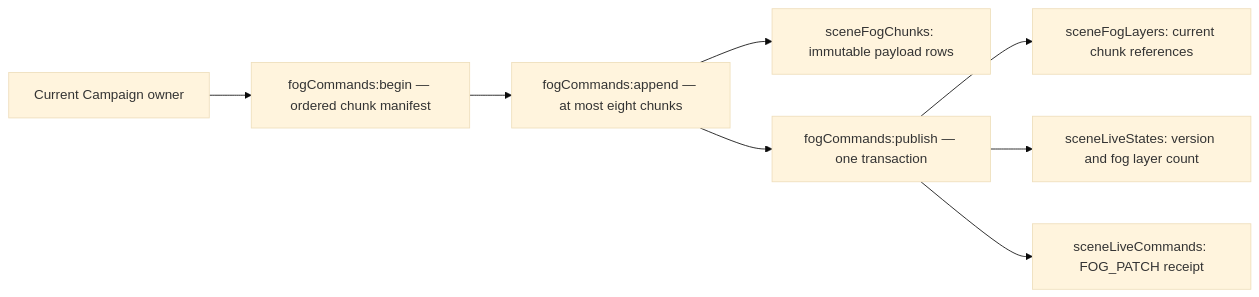
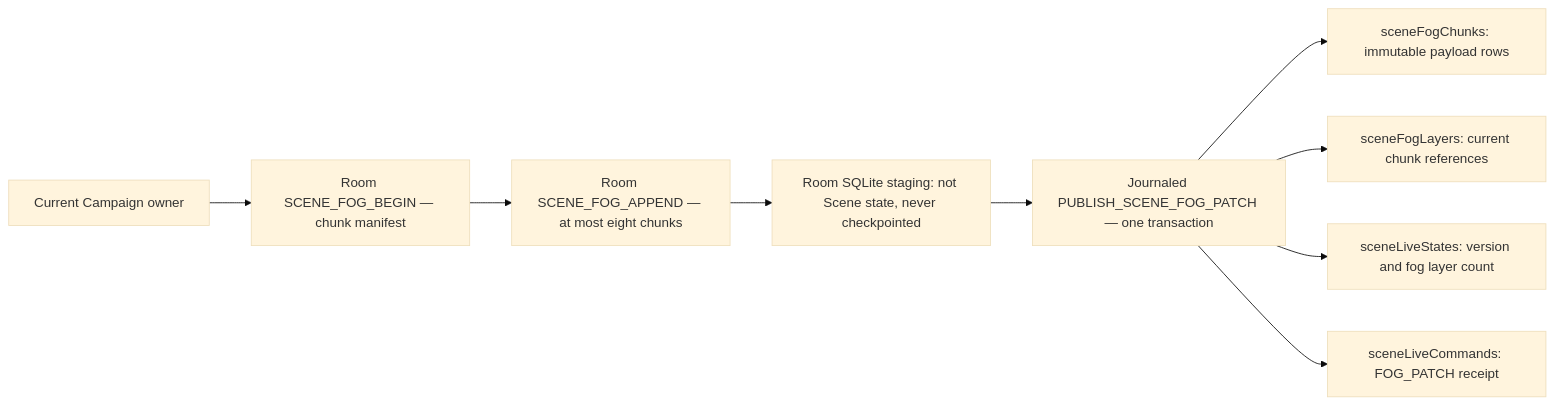
Before and after one commit to MPiland/artificer-toolkit: diagram 34 of 49 in docs/architecture/persistence.md, drawn with Mermaid (base theme). The commit also changed other lines of this file and 76 other files, not shown here.

First line of the commit message:
Delete the Convex Scene command path; the room is the only Scene writer (A35-S3c1)

````diff
--- a/docs/architecture/persistence.md
+++ b/docs/architecture/persistence.md
@@ -2859,10 +2861,11 @@
 ```mermaid
 flowchart LR
-  Owner["Current Campaign owner"] --> Begin["fogCommands:begin — ordered chunk manifest"]
-  Begin --> Append["fogCommands:append — at most eight chunks"]
-  Append --> Chunks["sceneFogChunks: immutable payload rows"]
-  Append --> Publish["fogCommands:publish — one transaction"]
+  Owner["Current Campaign owner"] --> Begin["Room SCENE_FOG_BEGIN — chunk manifest"]
+  Begin --> Append["Room SCENE_FOG_APPEND — at most eight chunks"]
+  Append --> Staging["Room SQLite staging: not Scene state, never checkpointed"]
+  Staging --> Publish["Journaled PUBLISH_SCENE_FOG_PATCH — one transaction"]
+  Publish --> Chunks["sceneFogChunks: immutable payload rows"]
   Publish --> Layer["sceneFogLayers: current chunk references"]
   Publish --> Head["sceneLiveStates: version and fog layer count"]
   Publish --> Receipt["sceneLiveCommands: FOG_PATCH receipt"]
 ```
````
